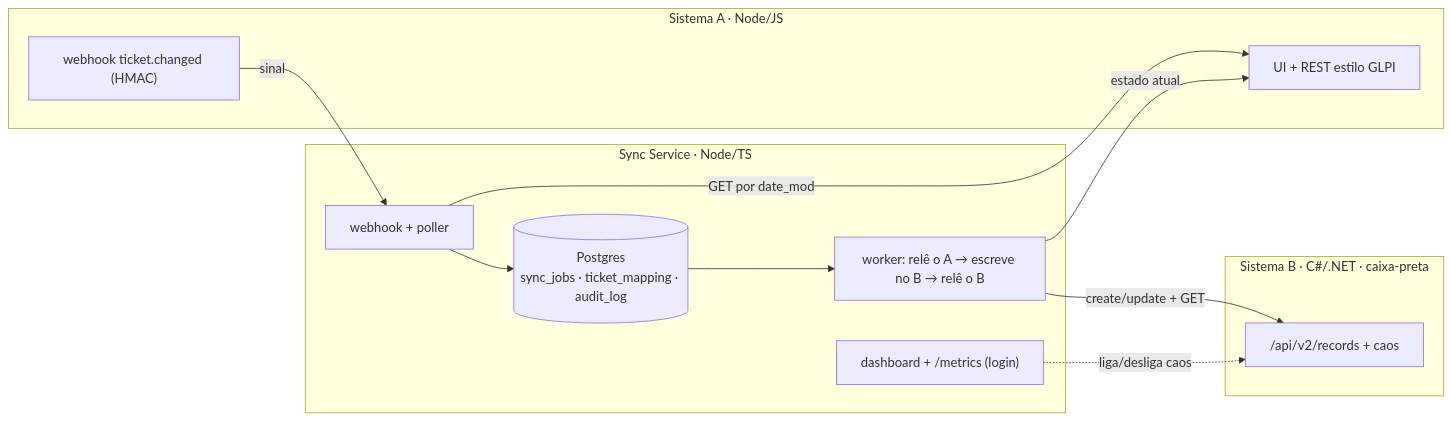
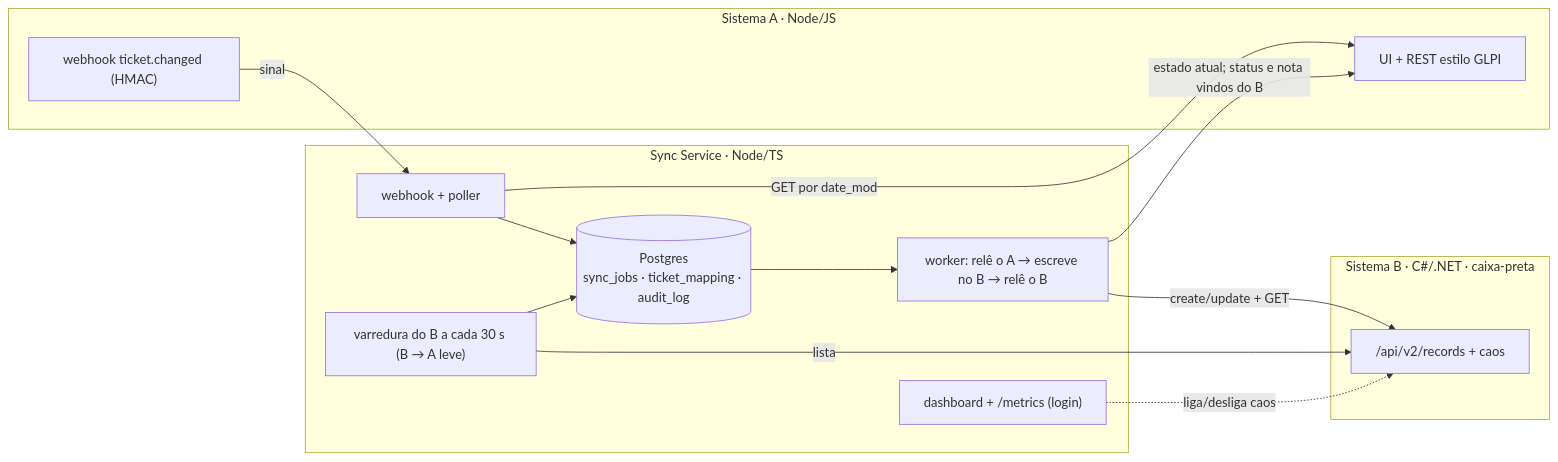
Before and after one commit to BossBurgues/desafiotecCyberCorp: the diagram in README.md, drawn with Mermaid. The commit also changed other lines of this file, not shown here.

````diff
--- a/README.md
+++ b/README.md
@@ -44,20 +60,22 @@
 ```mermaid
 flowchart LR
   subgraph A["Sistema A · Node/JS"]
     AUI["UI + REST estilo GLPI"]
     AWH["webhook ticket.changed (HMAC)"]
   end
   subgraph S["Sync Service · Node/TS"]
     IN["webhook + poller"] --> Q[("Postgres<br/>sync_jobs · ticket_mapping · audit_log")]
     Q --> W["worker: relê o A → escreve no B → relê o B"]
+    V["varredura do B a cada 30 s (B → A leve)"] --> Q
     D["dashboard + /metrics (login)"]
   end
   subgraph B["Sistema B · C#/.NET · caixa-preta"]
     BAPI["/api/v2/records + caos"]
   end
   AWH -- sinal --> IN
   IN -- "GET por date_mod" --> AUI
-  W -- "estado atual" --> AUI
+  W -- "estado atual; status e nota vindos do B" --> AUI
   W -- "create/update + GET" --> BAPI
+  V -- "lista" --> BAPI
   D -. "liga/desliga caos" .-> BAPI
 ```
````
